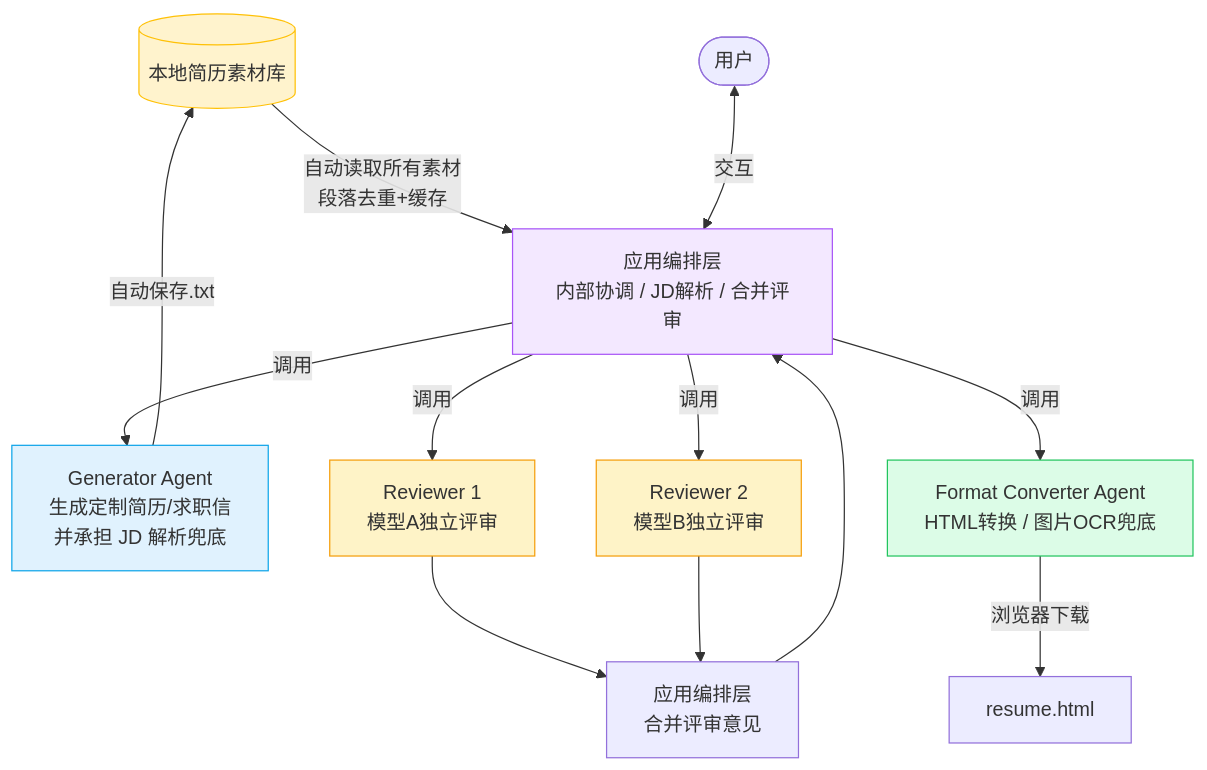
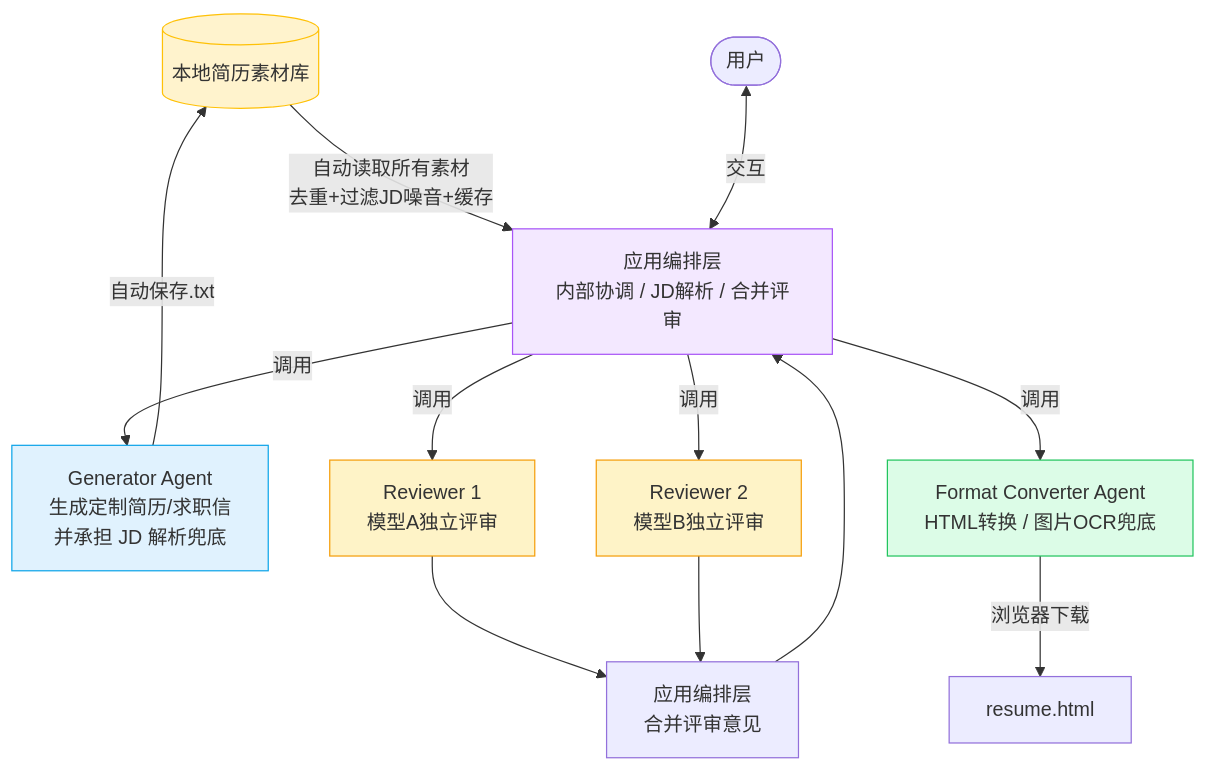
Before and after one commit to wukun2005-gif/resumeTailor: the second of 8 diagrams in README.md, drawn with Mermaid. The commit also changed other lines of this file and 7 other files, not shown here.

````diff
--- a/README.md
+++ b/README.md
@@ -204,25 +204,25 @@
 ```mermaid
 flowchart TD
-    LIB[(本地简历素材库)] -->|自动读取所有素材<br/>段落去重+缓存| APP
+    LIB[(本地简历素材库)] -->|自动读取所有素材<br/>去重+过滤JD噪音+缓存| APP
 
     USER([用户]) <-->|交互| APP["应用编排层<br/>内部协调 / JD解析 / 合并评审"]
 
     APP -->|调用| GEN["Generator Agent<br/>生成定制简历/求职信<br/>并承担 JD 解析兜底"]
     APP -->|调用| REV1["Reviewer 1<br/>模型A独立评审"]
     APP -->|调用| REV2["Reviewer 2<br/>模型B独立评审"]
     APP -->|调用| HTMLA["Format Converter Agent<br/>HTML转换 / 图片OCR兜底"]
 
     REV1 --> MERGE["应用编排层<br/>合并评审意见"]
     REV2 --> MERGE
     MERGE --> APP
 
     GEN -->|自动保存.txt| LIB
     HTMLA -->|浏览器下载| DL["resume.html"]
 
     style LIB fill:#fff3cd,stroke:#ffc107
     style APP fill:#f3e8ff,stroke:#a855f7
     style GEN fill:#e0f2fe,stroke:#0ea5e9
     style REV1 fill:#fef3c7,stroke:#f59e0b
     style REV2 fill:#fef3c7,stroke:#f59e0b
     style HTMLA fill:#dcfce7,stroke:#22c55e
 ```
````
